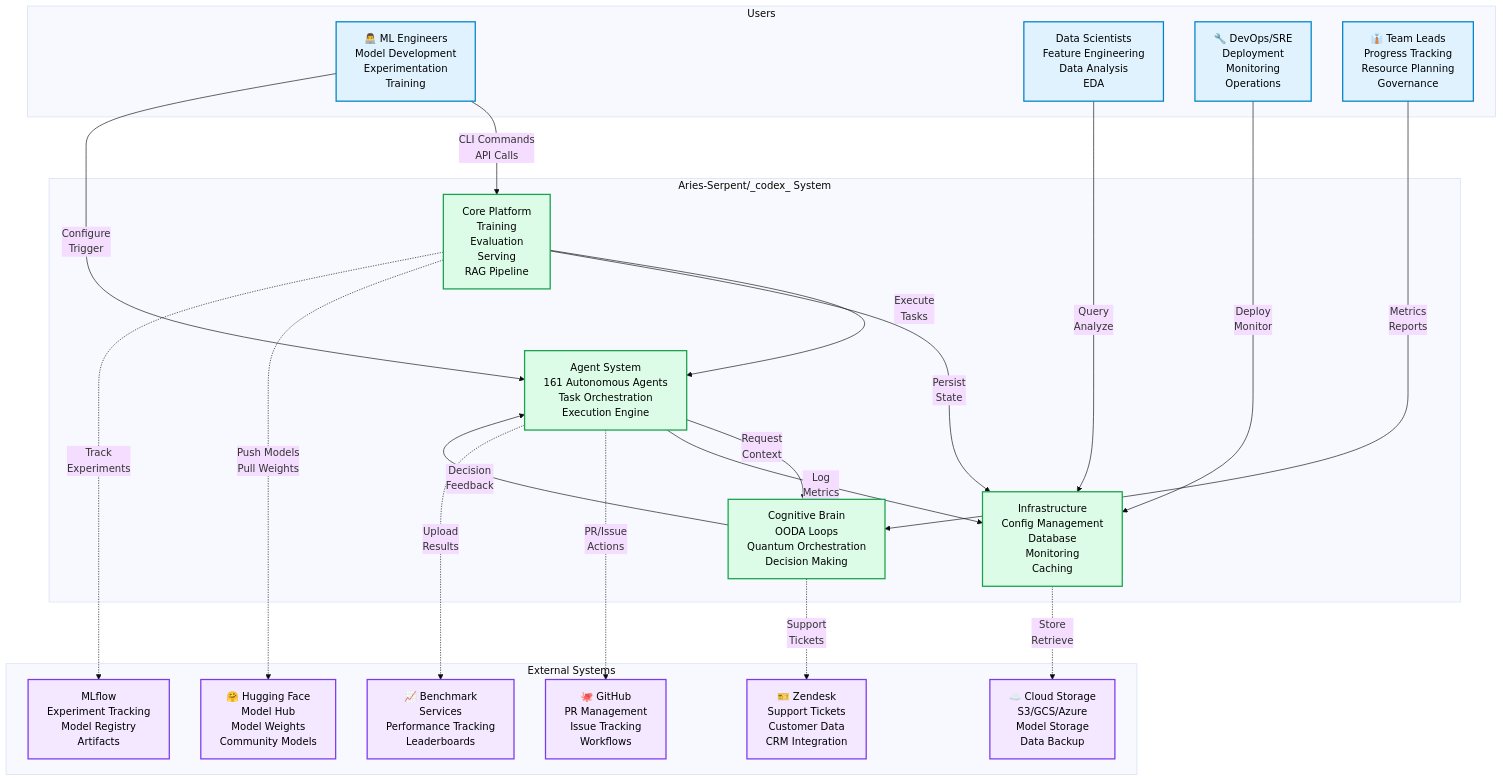
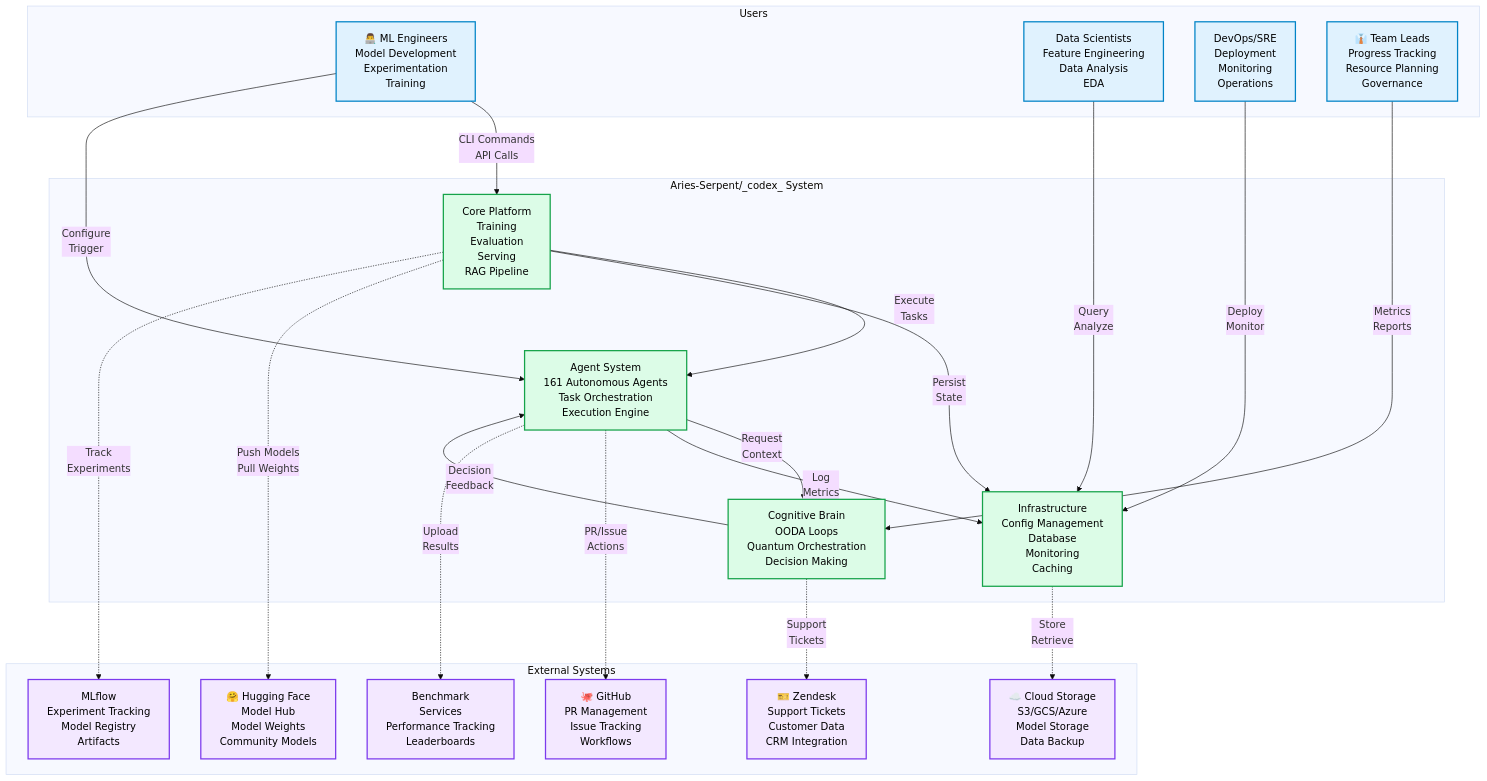
Before and after one commit to Aries-Serpent/_codex_: the diagram in docs/architecture/SYSTEM_CONTEXT.md, drawn with Mermaid. The commit also changed other lines of this file and 1989 other files, not shown here.

````diff
--- a/docs/architecture/SYSTEM_CONTEXT.md
+++ b/docs/architecture/SYSTEM_CONTEXT.md
@@ -15,66 +15,66 @@
 ```mermaid
 %%{init: {'accessibility': {'title': 'System Context Diagram<br/>Users and External Systems'}, 'theme': 'base'}}%%
 graph TB
     subgraph "External Systems"
         GH["🐙 GitHub<br/>PR Management<br/>Issue Tracking<br/>Workflows"]
         ZD["🎫 Zendesk<br/>Support Tickets<br/>Customer Data<br/>CRM Integration"]
         HF["🤗 Hugging Face<br/>Model Hub<br/>Model Weights<br/>Community Models"]
         MLFLOW[" MLflow<br/>Experiment Tracking<br/>Model Registry<br/>Artifacts"]
         S3["☁️ Cloud Storage<br/>S3/GCS/Azure<br/>Model Storage<br/>Data Backup"]
-        BENCH["📈 Benchmark<br/>Services<br/>Performance Tracking<br/>Leaderboards"]
+        BENCH[" Benchmark<br/>Services<br/>Performance Tracking<br/>Leaderboards"]
     end
 
     subgraph "Aries-Serpent/_codex_ System"
         CORE[" Core Platform<br/>Training<br/>Evaluation<br/>Serving<br/>RAG Pipeline"]
         AGENTS[" Agent System<br/>161 Autonomous Agents<br/>Task Orchestration<br/>Execution Engine"]
         BRAIN[" Cognitive Brain<br/>OODA Loops<br/>Quantum Orchestration<br/>Decision Making"]
         INFRA[" Infrastructure<br/>Config Management<br/>Database<br/>Monitoring<br/>Caching"]
     end
 
     subgraph "Users"
         DEV["👨‍💻 ML Engineers<br/>Model Development<br/>Experimentation<br/>Training"]
         DS[" Data Scientists<br/>Feature Engineering<br/>Data Analysis<br/>EDA"]
-        OPS["🔧 DevOps/SRE<br/>Deployment<br/>Monitoring<br/>Operations"]
+        OPS[" DevOps/SRE<br/>Deployment<br/>Monitoring<br/>Operations"]
         LEAD["👔 Team Leads<br/>Progress Tracking<br/>Resource Planning<br/>Governance"]
     end
 
     %% User interactions with system
     DEV -->|"CLI Commands<br/>API Calls"| CORE
     DEV -->|"Configure<br/>Trigger"| AGENTS
     DS -->|"Query<br/>Analyze"| INFRA
     OPS -->|"Deploy<br/>Monitor"| INFRA
     LEAD -->|"Metrics<br/>Reports"| BRAIN
 
     %% System internal flows
     CORE -->|"Execute<br/>Tasks"| AGENTS
     AGENTS -->|"Request<br/>Context"| BRAIN
     BRAIN -->|"Decision<br/>Feedback"| AGENTS
     CORE -->|"Persist<br/>State"| INFRA
     AGENTS -->|"Log<br/>Metrics"| INFRA
 
     %% External system integrations
     CORE -.->|"Push Models<br/>Pull Weights"| HF
     AGENTS -.->|"PR/Issue<br/>Actions"| GH
     BRAIN -.->|"Support<br/>Tickets"| ZD
     CORE -.->|"Track<br/>Experiments"| MLFLOW
     INFRA -.->|"Store<br/>Retrieve"| S3
     AGENTS -.->|"Upload<br/>Results"| BENCH
 
     %% Styling
     style DEV fill:#e0f2fe,stroke:#0284c7,stroke-width:2px,color:#000
     style DS fill:#e0f2fe,stroke:#0284c7,stroke-width:2px,color:#000
     style OPS fill:#e0f2fe,stroke:#0284c7,stroke-width:2px,color:#000
     style LEAD fill:#e0f2fe,stroke:#0284c7,stroke-width:2px,color:#000
 
     style CORE fill:#dcfce7,stroke:#16a34a,stroke-width:2px,color:#000
     style AGENTS fill:#dcfce7,stroke:#16a34a,stroke-width:2px,color:#000
     style BRAIN fill:#dcfce7,stroke:#16a34a,stroke-width:2px,color:#000
     style INFRA fill:#dcfce7,stroke:#16a34a,stroke-width:2px,color:#000
 
     style GH fill:#f3e8ff,stroke:#7c3aed,stroke-width:2px,color:#000
     style ZD fill:#f3e8ff,stroke:#7c3aed,stroke-width:2px,color:#000
     style HF fill:#f3e8ff,stroke:#7c3aed,stroke-width:2px,color:#000
     style MLFLOW fill:#f3e8ff,stroke:#7c3aed,stroke-width:2px,color:#000
     style S3 fill:#f3e8ff,stroke:#7c3aed,stroke-width:2px,color:#000
     style BENCH fill:#f3e8ff,stroke:#7c3aed,stroke-width:2px,color:#000
 ```
````
